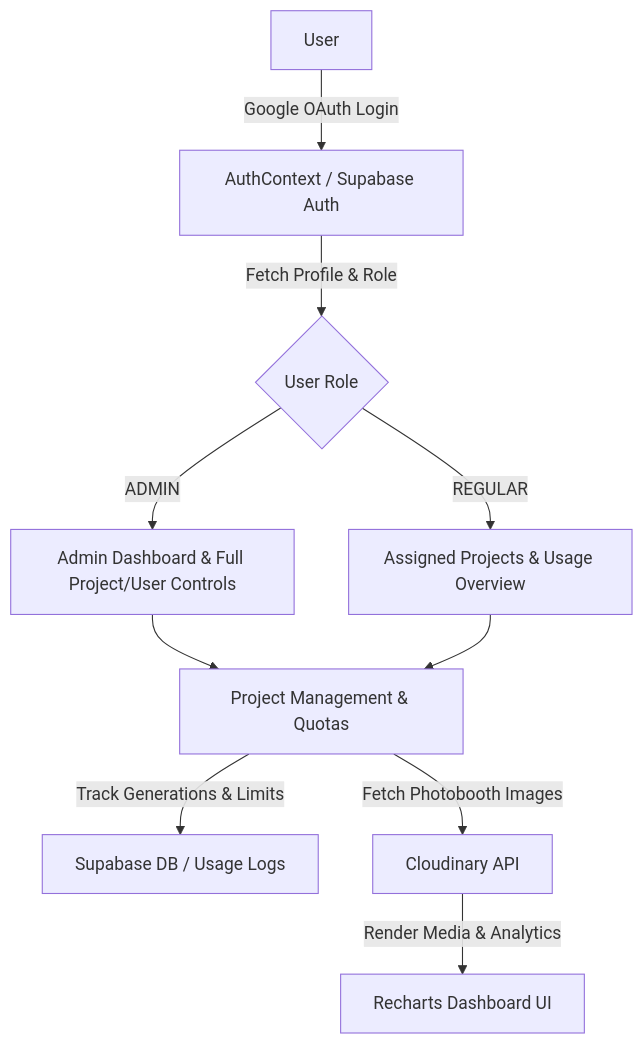
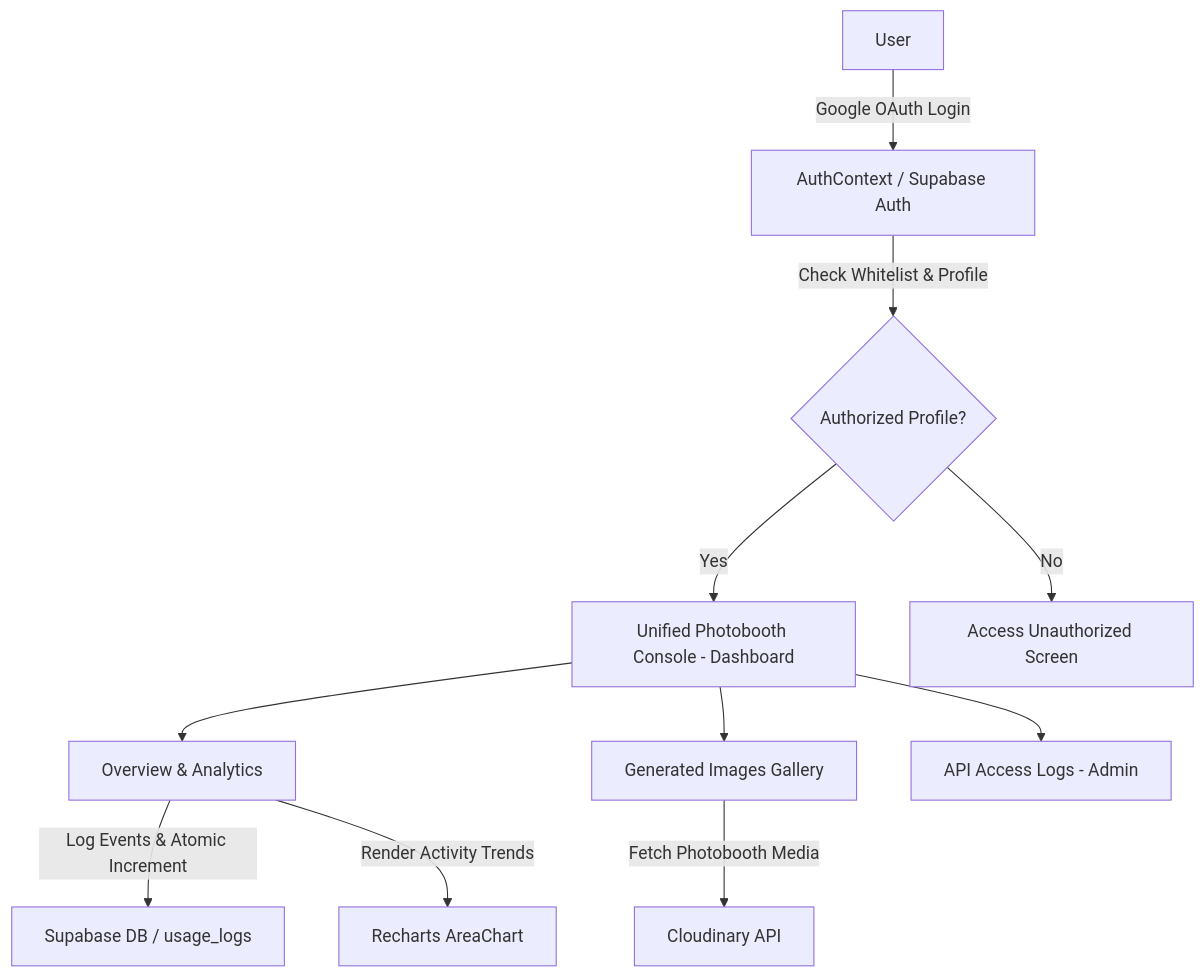
Before and after one commit to teamairport-photobooth/Cairo-Airport-Photobooth-Dashboard: the diagram in README.md, drawn with Mermaid. The commit also changed other lines of this file and 7 other files, not shown here.

````diff
--- a/README.md
+++ b/README.md
@@ -21,12 +21,15 @@
 ```mermaid
 flowchart TD
     A[User] -->|Google OAuth Login| B[AuthContext / Supabase Auth]
-    B -->|Fetch Profile & Role| C{User Role}
-    C -->|ADMIN| D[Admin Dashboard & Full Project/User Controls]
-    C -->|REGULAR| E[Assigned Projects & Usage Overview]
+    B -->|Check Whitelist & Profile| C{Authorized Profile?}
+    C -->|Yes| D[Unified Photobooth Console - Dashboard]
+    C -->|No| E[Access Unauthorized Screen]
     
-    D & E --> F[Project Management & Quotas]
-    F -->|Track Generations & Limits| G[Supabase DB / Usage Logs]
-    F -->|Fetch Photobooth Images| H[Cloudinary API]
-    H -->|Render Media & Analytics| I[Recharts Dashboard UI]
+    D --> F[Overview & Analytics]
+    D --> G[Generated Images Gallery]
+    D --> H[API Access Logs - Admin]
+    
+    F -->|Log Events & Atomic Increment| I[Supabase DB / usage_logs]
+    G -->|Fetch Photobooth Media| J[Cloudinary API]
+    F -->|Render Activity Trends| K[Recharts AreaChart]
 ```
````
